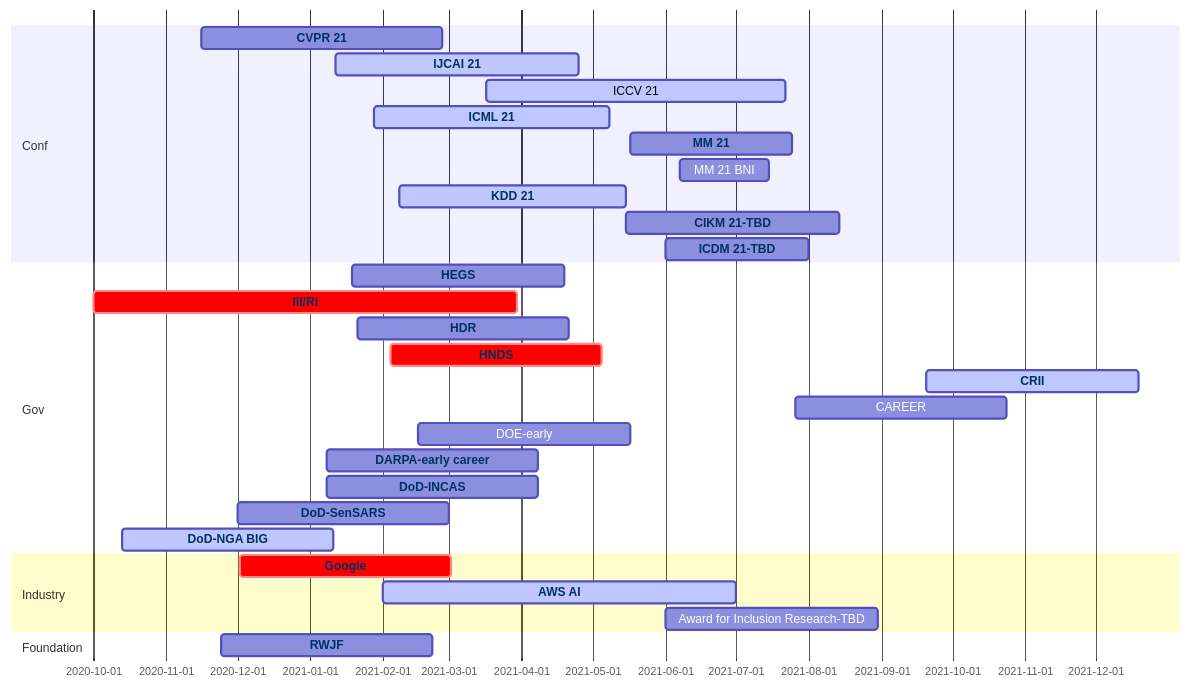
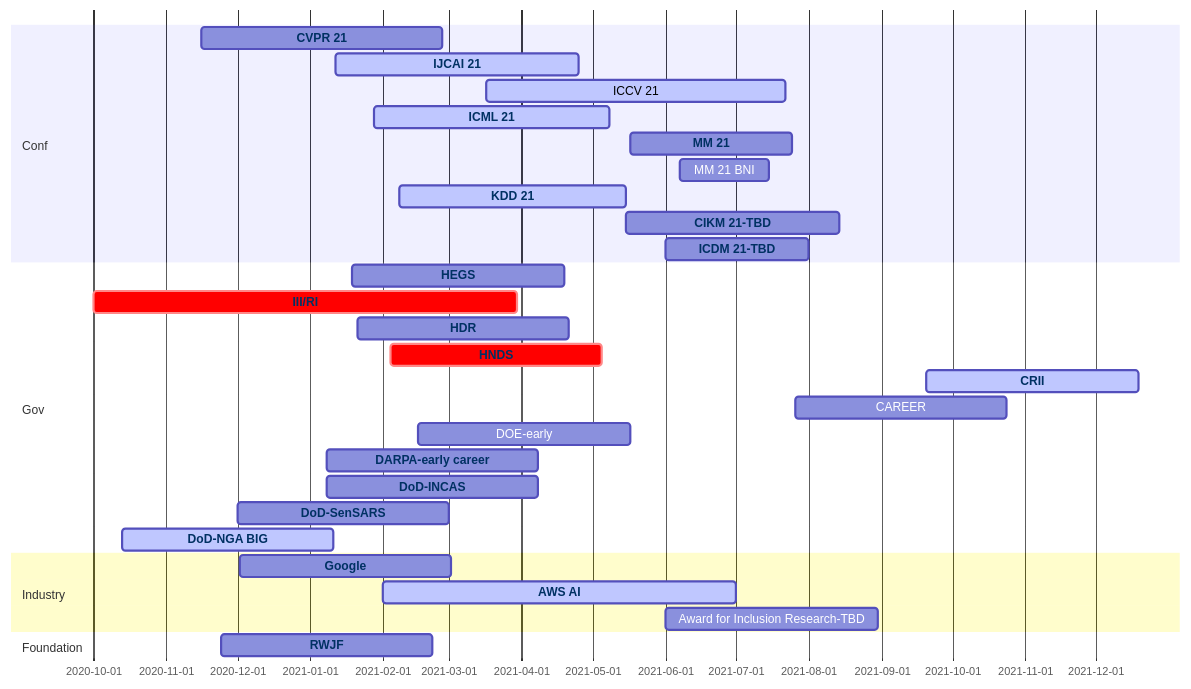
The diagram in content/post/conf/index.md (aquastar/academic-kickstart), drawn with Mermaid before and after one commit.

````diff
--- a/content/post/conf/index.md
+++ b/content/post/conf/index.md
@@ -16,56 +16,56 @@
 ```mermaid
 gantt
   dateFormat  MM/DD/YY
   section Conf
     CVPR 21 :cvpr, 11/16/20, 02/26/21
     IJCAI 21 :active, ijcai, 01/12/21, 04/25/21
     ICCV 21 :active, 03/17/21, 07/22/21
     ICML 21:active, icml, 01/28/21, 05/08/21
     MM 21:mm, 05/17/21, 07/25/21
     MM 21 BNI:mmbni, 06/07/21, 07/15/21
     KDD 21:active, kdd, 02/08/21, 05/15/21
     CIKM 21-TBD:cikm, 05/15/21, 08/14/21
     ICDM 21-TBD:icdm, 06/01/21, 08/01/21
   section Gov
     HEGS: hegs, 01/19/21, 90d
     III/RI:crit, iis, 10/01/20, 180d
     HDR :hdr, 01/21/21, 90d
     HNDS :crit, hnds, 02/04/21, 90d
     CRII :active, crii, 09/20/21, 90d 
     CAREER:career, 07/26/21, 90d
     DOE-early:doe, 02/16/21, 90d 
     DARPA-early career:  darpa, 01/08/21, 90d
     DoD-INCAS:incas, 01/08/21, 90d
     DoD-SenSARS: sensars, 12/01/20, 90d
     DoD-NGA BIG:active, nga, 10/13/20, 90d
   section Industry
-    Google:crit,  google, 12/02/20, 90d
+    Google:google, 12/02/20, 90d
     AWS AI:active,  aws, 02/01/21, 07/01/21
     Award for Inclusion Research-TBD: air, 06/01/21, 90d
   section Foundation
     RWJF :rwjf, 11/24/20, 90d
 
 
   click nga href "https://beta.sam.gov/opp/3c218648f9f04658840e478a7f1048e1/view?keywords=HM0476-20-BAA-0001&sort=-relevance&index=&is_active=true&page=1"
   click sensars href "https://beta.sam.gov/opp/a84f1af107334afcbf39d885d8f668a3/view"
   click aws href "https://www.amazon.science/research-awards/call-for-proposals/aws-ai"
   click incas href "https://beta.sam.gov/opp/6bbca26d91df4eff96b4edfa2386c35f/view?keywords=incas&sort=-relevance&index=&is_active=true&page=1"
   click darpa href "https://www.darpa.mil/work-with-us/for-universities/young-faculty-award"
   click deo href "https://www.grants.gov/web/grants/search-grants.html"
   click cvpr href "http://cvpr2021.thecvf.com/"
   click iccv href "http://iccv2021.thecvf.com/"
   click icml href "https://icml.cc/Conferences/2021"
   click ijcai href "http://www.ijcai-21.org/"
   click kdd href "http://www.kdd.org/kdd2021"
   click www href "https://www2021.thewebconf.org/"
   click cikm href "https://www.cikm2021.org/"
   click icdm href "http://icdm2021.bigke.org"
   click mm href "https://2020.acmmm.org/index.html"
   click crii href "https://www.nsf.gov/funding/pgm_summ.jsp?pims_id=504952"
   click hdr href "https://www.nsf.gov/funding/pgm_summ.jsp?pims_id=505828&org=NSF&sel_org=CISE&from=fund"
   click hnds href "https://www.nsf.gov/funding/pgm_summ.jsp?pims_id=505702"
   click rwjf href "https://anr.rwjf.org/viewCfp.do?cfpId=1509&cfpOverviewId="
   click iis href "https://www.nsf.gov/funding/pgm_summ.jsp?pims_id=505667&org=NSF"
   click hegs href "https://www.nsf.gov/funding/pgm_summ.jsp?pims_id=505745&org=NSF&sel_org=NSF&from=fund"
   click google href "https://research.google/outreach/research-scholar-program/"
 ```
````
